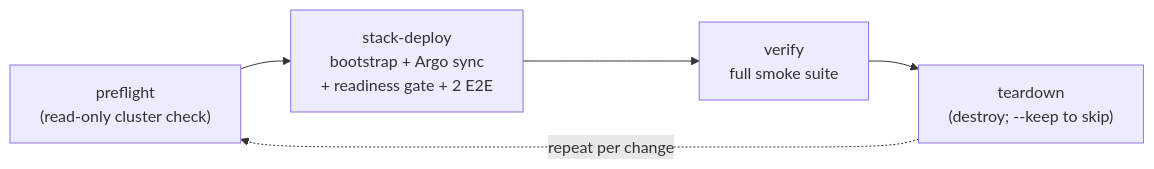
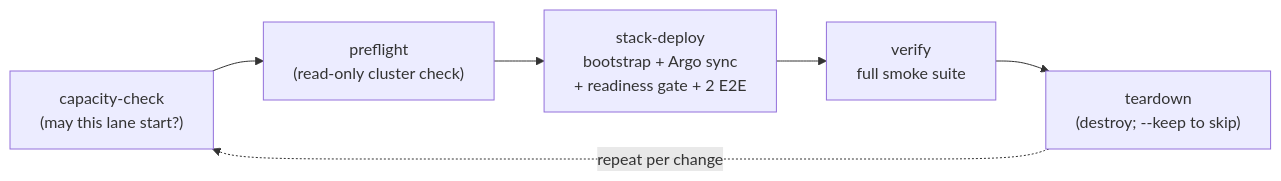
Before and after one commit to hyperi-io/dfe-infra: the diagram in docs/TESTING-CYCLE.md, drawn with Mermaid. The commit also changed other lines of this file and 14 other files, not shown here.

First line of the commit message:
fix: acceptance runs onboarding, flows and filebeat, and the deploy writes the launcher's access summary

````diff
--- a/docs/TESTING-CYCLE.md
+++ b/docs/TESTING-CYCLE.md
@@ -8,7 +8,8 @@
 ```mermaid
 flowchart LR
-    PF["preflight\n(read-only cluster check)"] --> SD["stack-deploy\nbootstrap + Argo sync\n+ readiness gate + 2 E2E"]
+    CC["capacity-check\n(may this lane start?)"] --> PF["preflight\n(read-only cluster check)"]
+    PF --> SD["stack-deploy\nbootstrap + Argo sync\n+ readiness gate + 2 E2E"]
     SD --> SM["verify\nfull smoke suite"]
     SM --> DS["teardown\n(destroy; --keep to skip)"]
-    DS -.->|"repeat per change"| PF
+    DS -.->|"repeat per change"| CC
 ```
````
